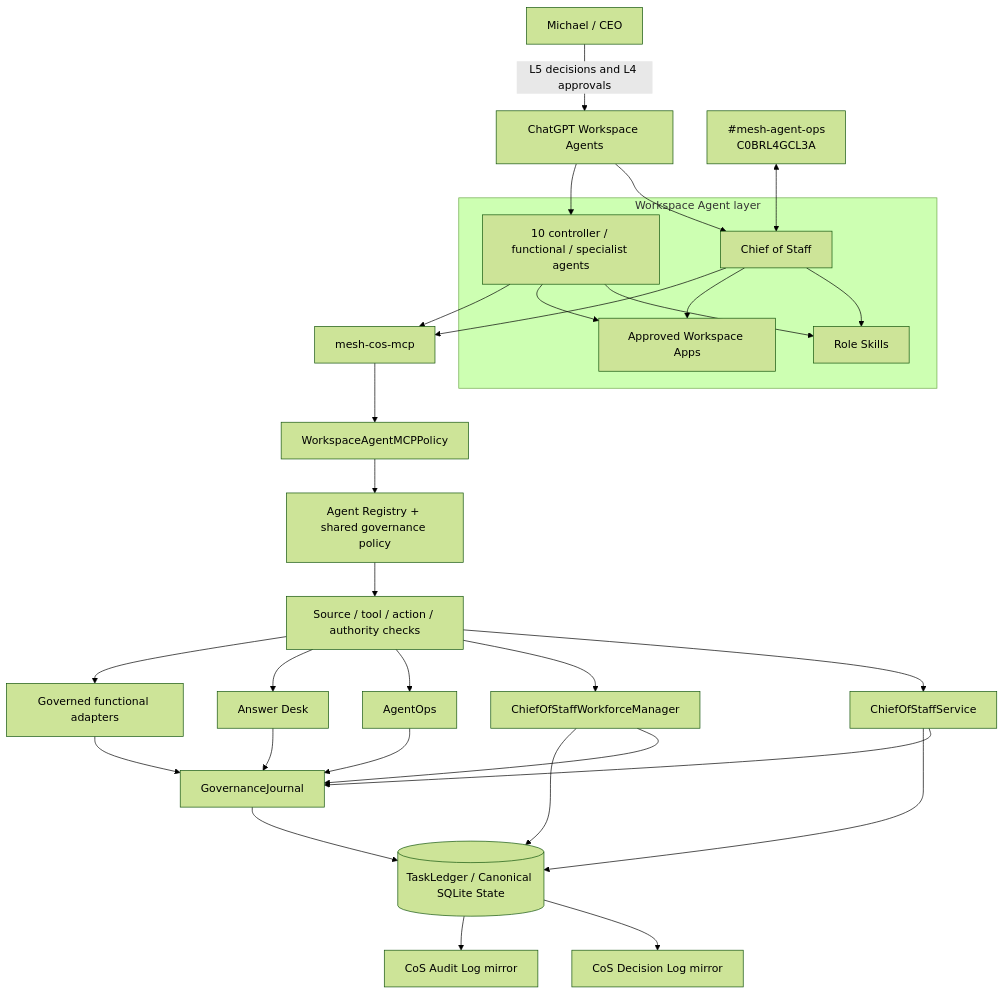
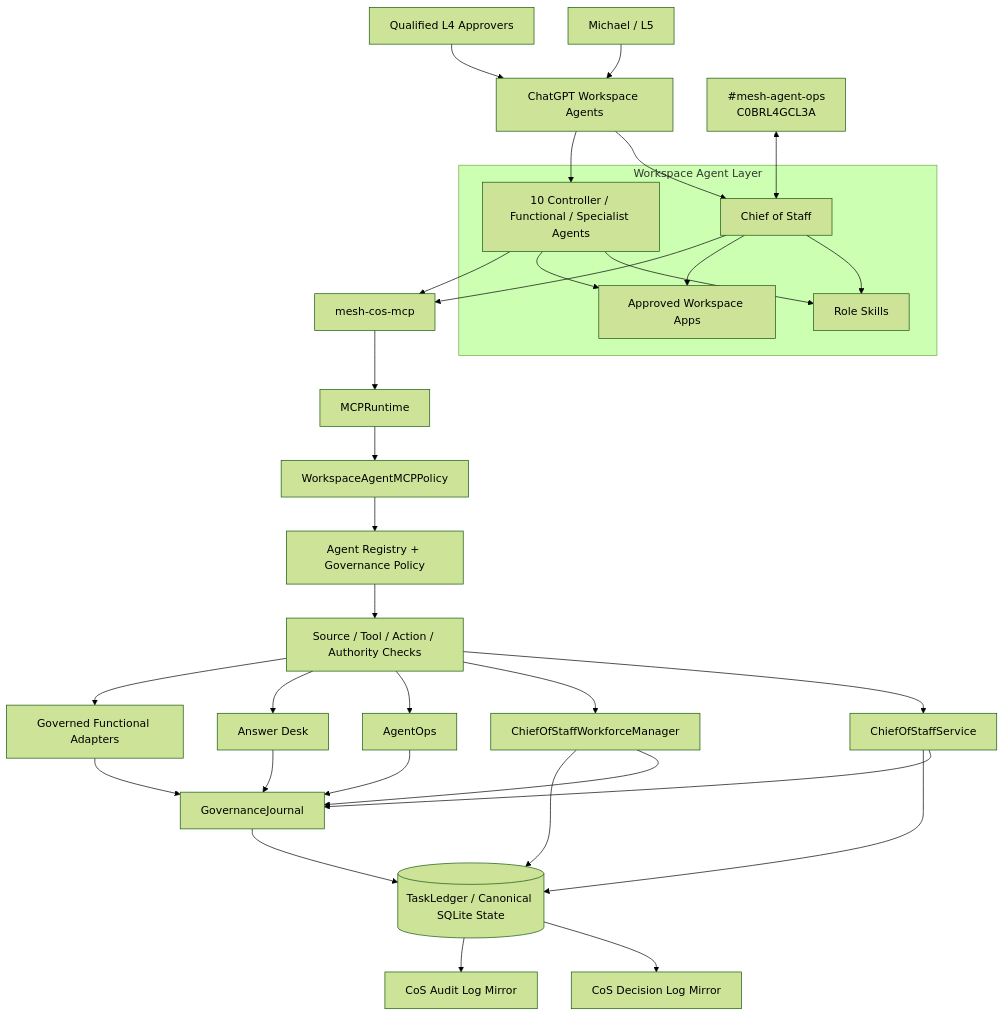
One commit to mkleinbe/mesh-ai-agent-cos-universe changed the second of 5 diagrams in README.md. Above: the diagram before and after it, drawn with Mermaid (forest theme). The commit also changed other lines of this file, not shown here.

````diff
--- a/README.md
+++ b/README.md
@@ -27,42 +49,43 @@
 ```mermaid
 flowchart TB
-    CEO[Michael / CEO] -->|L5 decisions and L4 approvals| WA[ChatGPT Workspace Agents]
+    CEO[Michael / L5] --> WA[ChatGPT Workspace Agents]
+    H[Qualified L4 Approvers] --> WA
 
-    subgraph WAF[Workspace Agent layer]
+    subgraph WAF[Workspace Agent Layer]
       COSWA[Chief of Staff]
-      FUN[10 controller / functional / specialist agents]
+      FUN[10 Controller / Functional / Specialist Agents]
       SK[Role Skills]
       APP[Approved Workspace Apps]
       COSWA --> SK
       FUN --> SK
       COSWA --> APP
       FUN --> APP
     end
 
     WA --> COSWA
     WA --> FUN
     COSWA --> MCP[mesh-cos-mcp]
     FUN --> MCP
 
-    MCP --> MP[WorkspaceAgentMCPPolicy]
-    MP --> REG[Agent Registry + shared governance policy]
-    REG --> AUTH[Source / tool / action / authority checks]
+    MCP --> RT[MCPRuntime]
+    RT --> MP[WorkspaceAgentMCPPolicy]
+    MP --> REG[Agent Registry + Governance Policy]
+    REG --> AUTH[Source / Tool / Action / Authority Checks]
     AUTH --> COS[ChiefOfStaffService]
     AUTH --> WM[ChiefOfStaffWorkforceManager]
     AUTH --> AO[AgentOps]
     AUTH --> AD[Answer Desk]
-    AUTH --> FA[Governed functional adapters]
+    AUTH --> FA[Governed Functional Adapters]
     COS --> GOV[GovernanceJournal]
     WM --> GOV
     AO --> GOV
     AD --> GOV
     FA --> GOV
     GOV --> LEDGER[(TaskLedger / Canonical SQLite State)]
     COS --> LEDGER
     WM --> LEDGER
 
-    LEDGER --> DLOG[CoS Decision Log mirror]
-    LEDGER --> ALOG[CoS Audit Log mirror]
-
+    LEDGER --> DLOG[CoS Decision Log Mirror]
+    LEDGER --> ALOG[CoS Audit Log Mirror]
     SLACK[#mesh-agent-ops\nC0BRL4GCL3A] <--> COSWA
 ```
````
